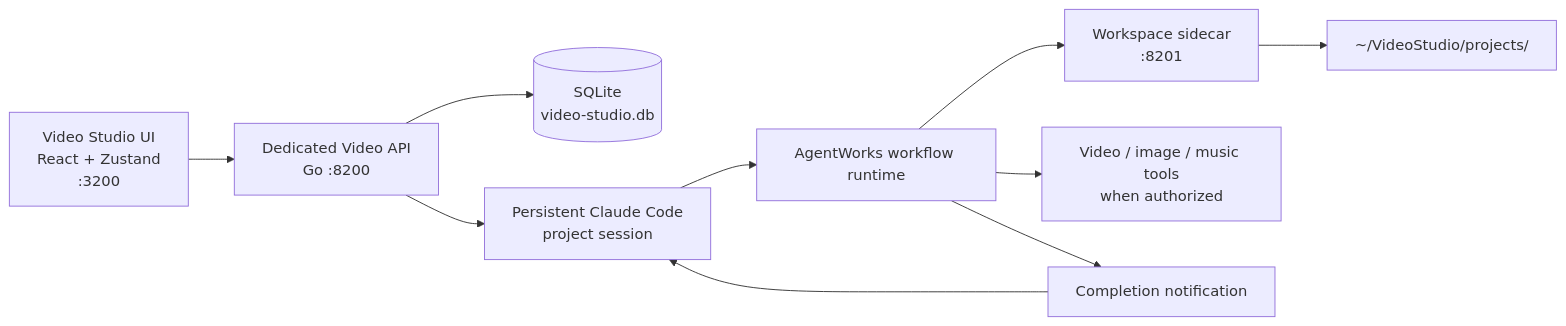
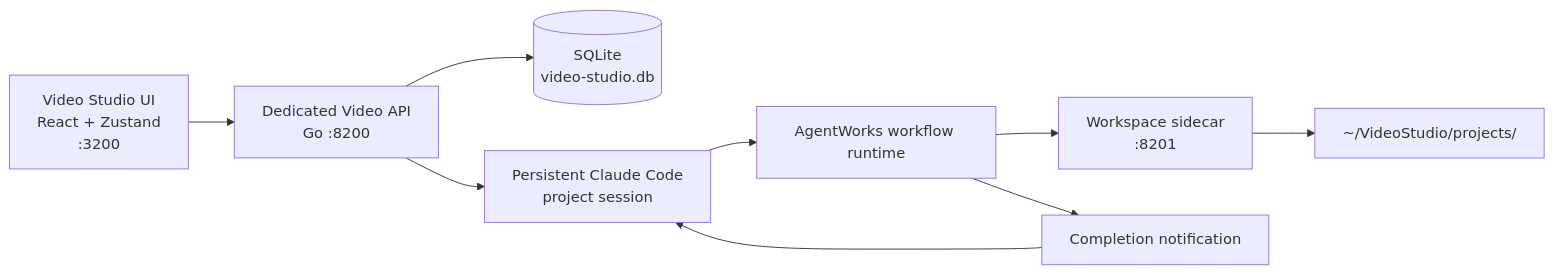
Before and after one commit to manishiitg/mcp-agent-builder-go: the diagram in docs/handover/video_studio_handover.md, drawn with Mermaid. The commit also changed other lines of this file and 40 other files, not shown here.

````diff
--- a/docs/handover/video_studio_handover.md
+++ b/docs/handover/video_studio_handover.md
@@ -51,12 +102,11 @@
 ```mermaid
 flowchart LR
   UI["Video Studio UI\nReact + Zustand\n:3200"] --> API["Dedicated Video API\nGo :8200"]
   API --> DB[("SQLite\nvideo-studio.db")]
   API --> Chat["Persistent Claude Code\nproject session"]
   Chat --> WF["AgentWorks workflow runtime"]
   WF --> WS["Workspace sidecar\n:8201"]
   WS --> Files["~/VideoStudio/projects/<project-id>"]
-  WF --> Media["Video / image / music tools\nwhen authorized"]
   WF --> Notify["Completion notification"]
   Notify --> Chat
 ```
````
